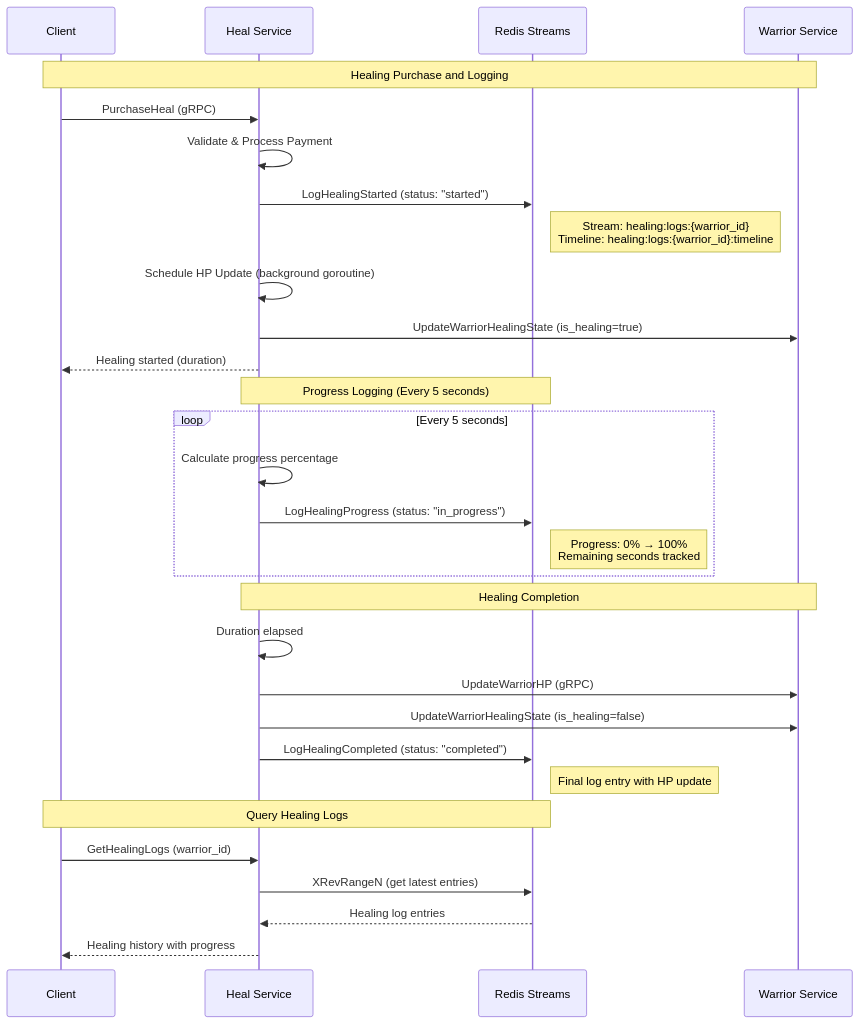
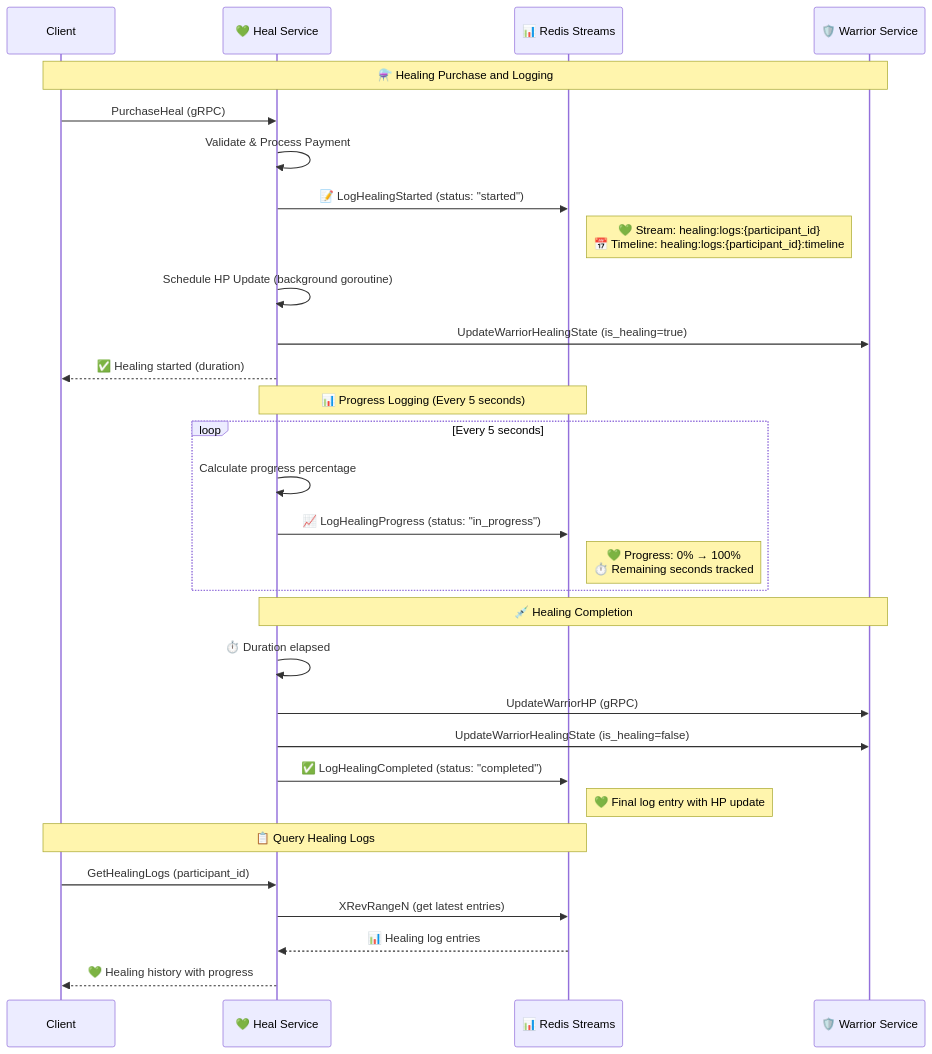
One commit to tiraten-bot/network-sec-micro changed diagram 32 of 33 in README.md. Above: the diagram before and after it, drawn with Mermaid. The commit also changed other lines of this file, not shown here.

Commit message:
Update README.md to enhance the HealService Redis Logging Flow section with emoji annotations, improving visual clarity and engagement. Adjusted participant names and flow notes to include relevant icons, making the documentation more user-friendly.

````diff
--- a/README.md
+++ b/README.md
@@ -1752,37 +1752,37 @@
 ```mermaid
 sequenceDiagram
     participant Client
-    participant Heal as Heal Service
-    participant Redis as Redis Streams
-    participant Warrior as Warrior Service
+    participant Heal as 💚 Heal Service
+    participant Redis as 📊 Redis Streams
+    participant Warrior as 🛡️ Warrior Service
     
-    Note over Client,Warrior: Healing Purchase and Logging
+    Note over Client,Warrior: ⚗️ Healing Purchase and Logging
     Client->>Heal: PurchaseHeal (gRPC)
     Heal->>Heal: Validate & Process Payment
-    Heal->>Redis: LogHealingStarted (status: "started")
-    Note right of Redis: Stream: healing:logs:{warrior_id}<br/>Timeline: healing:logs:{warrior_id}:timeline
+    Heal->>Redis: 📝 LogHealingStarted (status: "started")
+    Note right of Redis: 💚 Stream: healing:logs:{participant_id}<br/>📅 Timeline: healing:logs:{participant_id}:timeline
     
     Heal->>Heal: Schedule HP Update (background goroutine)
     Heal->>Warrior: UpdateWarriorHealingState (is_healing=true)
-    Heal-->>Client: Healing started (duration)
+    Heal-->>Client: ✅ Healing started (duration)
     
-    Note over Heal,Redis: Progress Logging (Every 5 seconds)
+    Note over Heal,Redis: 📊 Progress Logging (Every 5 seconds)
     loop Every 5 seconds
         Heal->>Heal: Calculate progress percentage
-        Heal->>Redis: LogHealingProgress (status: "in_progress")
-        Note right of Redis: Progress: 0% → 100%<br/>Remaining seconds tracked
+        Heal->>Redis: 📈 LogHealingProgress (status: "in_progress")
+        Note right of Redis: 💚 Progress: 0% → 100%<br/>⏱️ Remaining seconds tracked
     end
     
-    Note over Heal,Warrior: Healing Completion
-    Heal->>Heal: Duration elapsed
+    Note over Heal,Warrior: 💉 Healing Completion
+    Heal->>Heal: ⏱️ Duration elapsed
     Heal->>Warrior: UpdateWarriorHP (gRPC)
     Heal->>Warrior: UpdateWarriorHealingState (is_healing=false)
-    Heal->>Redis: LogHealingCompleted (status: "completed")
-    Note right of Redis: Final log entry with HP update
+    Heal->>Redis: ✅ LogHealingCompleted (status: "completed")
+    Note right of Redis: 💚 Final log entry with HP update
     
-    Note over Client,Redis: Query Healing Logs
-    Client->>Heal: GetHealingLogs (warrior_id)
+    Note over Client,Redis: 📋 Query Healing Logs
+    Client->>Heal: GetHealingLogs (participant_id)
     Heal->>Redis: XRevRangeN (get latest entries)
-    Redis-->>Heal: Healing log entries
-    Heal-->>Client: Healing history with progress
+    Redis-->>Heal: 📊 Healing log entries
+    Heal-->>Client: 💚 Healing history with progress
 ```
````
